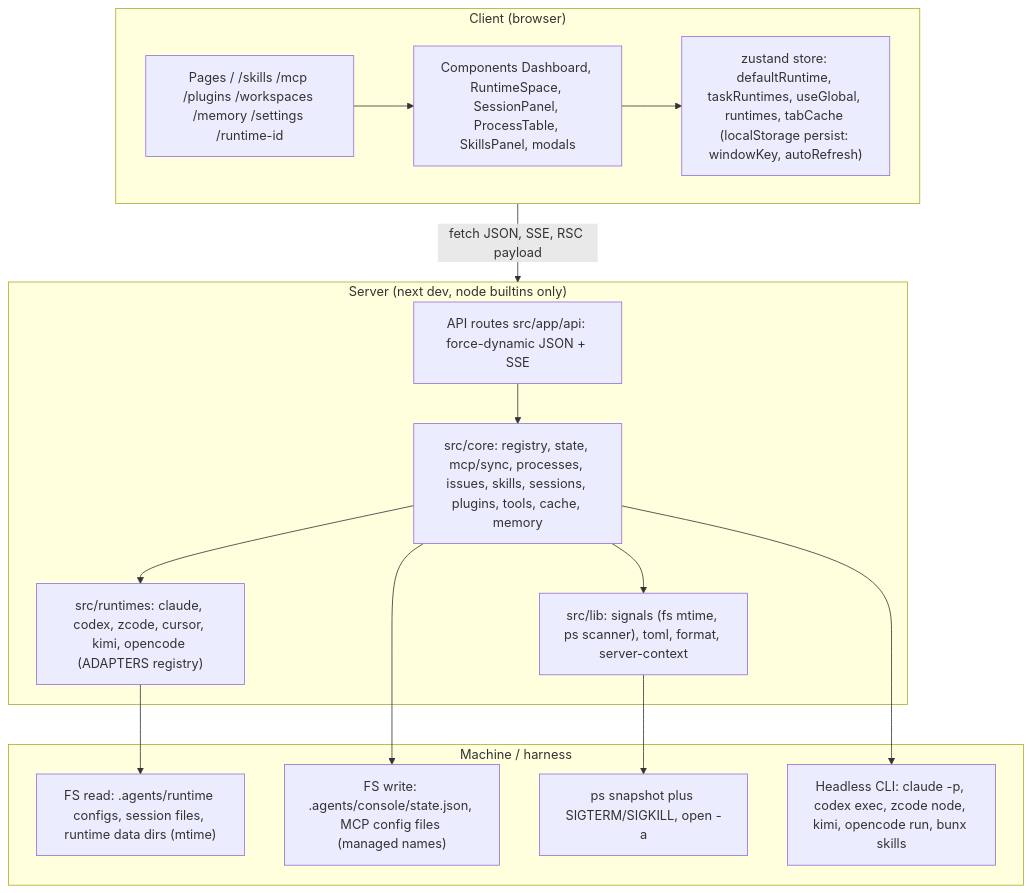
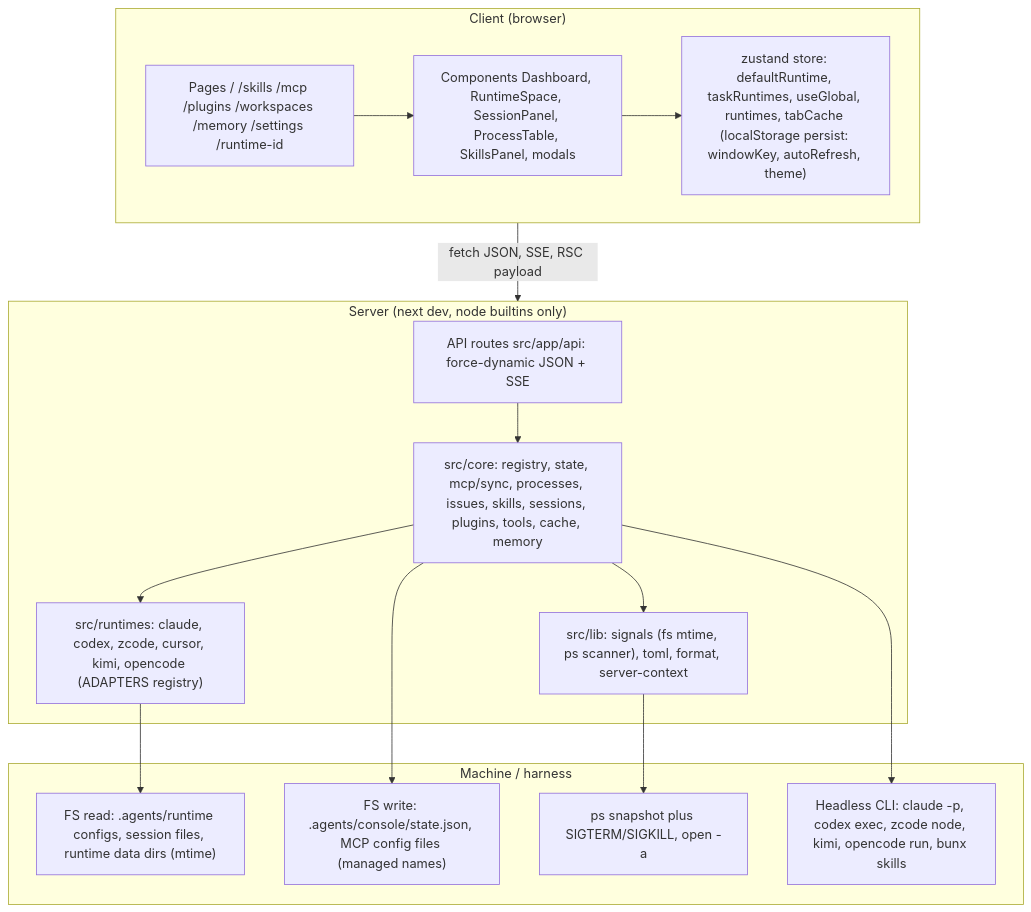
The diagram in openwiki/architecture/overview.md (InnovationMachineTeam/harness), drawn with Mermaid before and after one commit. The commit also changed other lines of this file and 1190 other files, not shown here.

````diff
--- a/openwiki/architecture/overview.md
+++ b/openwiki/architecture/overview.md
@@ -19,28 +90,28 @@
 ```mermaid
 flowchart TD
     subgraph CLIENT["Client (browser)"]
         PAGES["Pages / /skills /mcp /plugins /workspaces /memory /settings /runtime-id"]
         COMPS["Components Dashboard, RuntimeSpace, SessionPanel, ProcessTable, SkillsPanel, modals"]
-        STORE["zustand store: defaultRuntime, taskRuntimes, useGlobal, runtimes, tabCache (localStorage persist: windowKey, autoRefresh)"]
+        STORE["zustand store: defaultRuntime, taskRuntimes, useGlobal, runtimes, tabCache (localStorage persist: windowKey, autoRefresh, theme)"]
         PAGES --> COMPS --> STORE
     end
     subgraph SERVER["Server (next dev, node builtins only)"]
         API["API routes src/app/api: force-dynamic JSON + SSE"]
         CORE["src/core: registry, state, mcp/sync, processes, issues, skills, sessions, plugins, tools, cache, memory"]
         HELPERS["src/lib: signals (fs mtime, ps scanner), toml, format, server-context"]
         ADAPTERS["src/runtimes: claude, codex, zcode, cursor, kimi, opencode (ADAPTERS registry)"]
         API --> CORE --> HELPERS
         CORE --> ADAPTERS
     end
     subgraph MACHINE["Machine / harness"]
         FS["FS read: .agents/runtime configs, session files, runtime data dirs (mtime)"]
         STATE["FS write: .agents/console/state.json, MCP config files (managed names)"]
         PS["ps snapshot plus SIGTERM/SIGKILL, open -a"]
         CLI["Headless CLI: claude -p, codex exec, zcode node, kimi, opencode run, bunx skills"]
     end
     CLIENT -->|fetch JSON, SSE, RSC payload| SERVER
     ADAPTERS --> FS
     CORE --> STATE
     HELPERS --> PS
     CORE --> CLI
 ```
````
